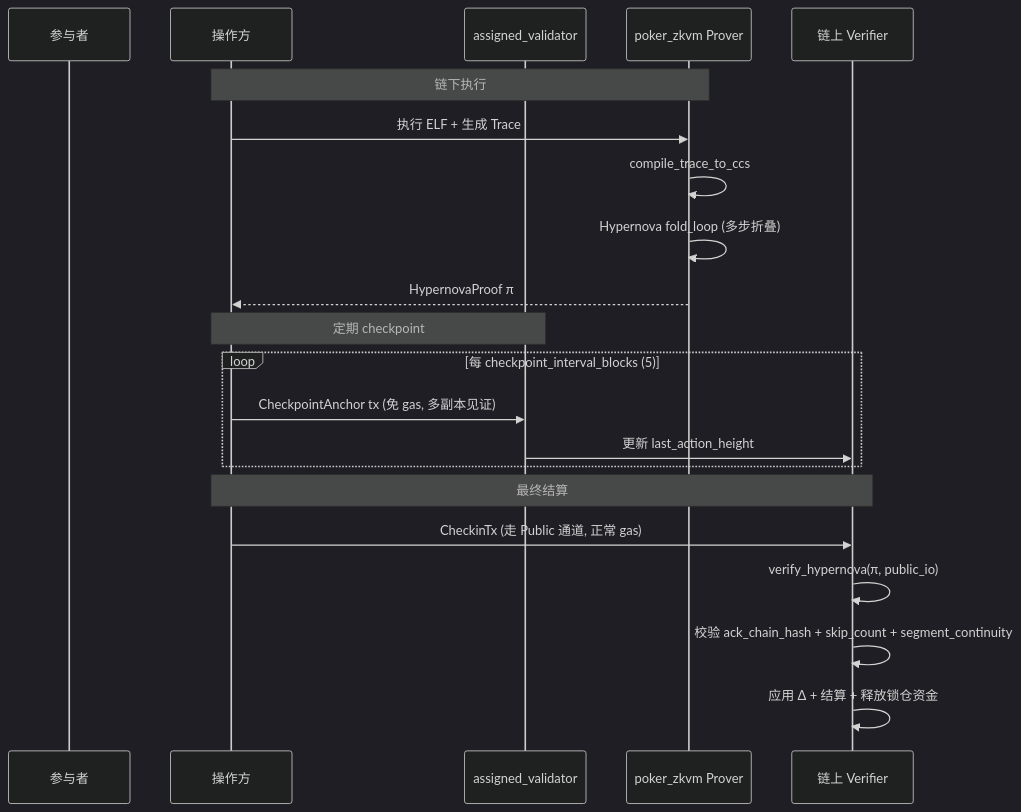
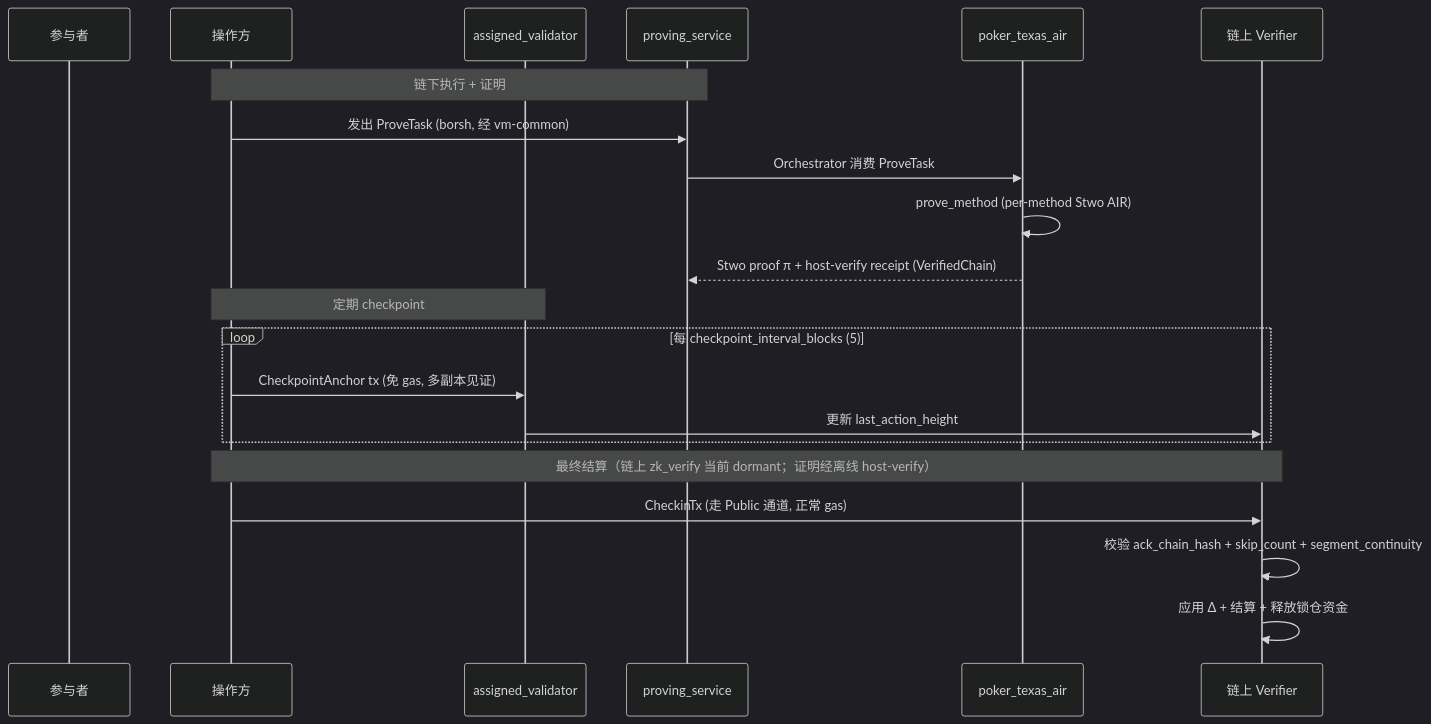
Before and after one commit to linqining/zchain: the seventh of 7 diagrams in docs/00-architecture-overview.md, drawn with Mermaid (dark theme). The commit also changed other lines of this file and 21 other files, not shown here.

````diff
--- a/docs/00-architecture-overview.md
+++ b/docs/00-architecture-overview.md
@@ -325,26 +367,26 @@
 ```mermaid
 sequenceDiagram
     participant P as 参与者
     participant OP as 操作方
     participant AV as assigned_validator
-    participant ZK as poker_zkvm Prover
+    participant PSVC as proving_service
+    participant AIR as poker_texas_air
     participant CH as 链上 Verifier
 
-    Note over OP,ZK: 链下执行
-    OP->>ZK: 执行 ELF + 生成 Trace
-    ZK->>ZK: compile_trace_to_ccs
-    ZK->>ZK: Hypernova fold_loop (多步折叠)
-    ZK-->>OP: HypernovaProof π
+    Note over OP,PSVC: 链下执行 + 证明
+    OP->>PSVC: 发出 ProveTask (borsh, 经 vm-common)
+    PSVC->>AIR: Orchestrator 消费 ProveTask
+    AIR->>AIR: prove_method (per-method Stwo AIR)
+    AIR-->>PSVC: Stwo proof π + host-verify receipt (VerifiedChain)
 
     Note over OP,AV: 定期 checkpoint
     loop 每 checkpoint_interval_blocks (5)
         OP->>AV: CheckpointAnchor tx (免 gas, 多副本见证)
         AV->>CH: 更新 last_action_height
     end
 
-    Note over OP,CH: 最终结算
+    Note over OP,CH: 最终结算（链上 zk_verify 当前 dormant；证明经离线 host-verify）
     OP->>CH: CheckinTx (走 Public 通道, 正常 gas)
-    CH->>CH: verify_hypernova(π, public_io)
     CH->>CH: 校验 ack_chain_hash + skip_count + segment_continuity
     CH->>CH: 应用 Δ + 结算 + 释放锁仓资金
 ```
````
